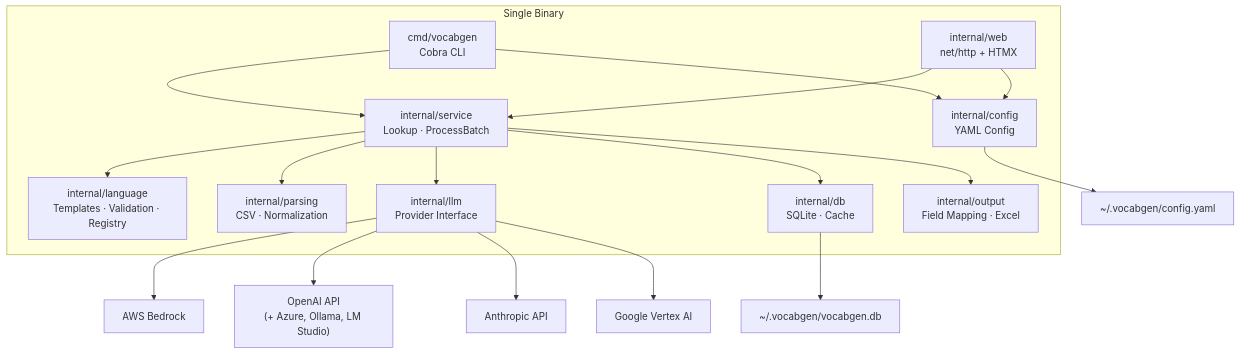
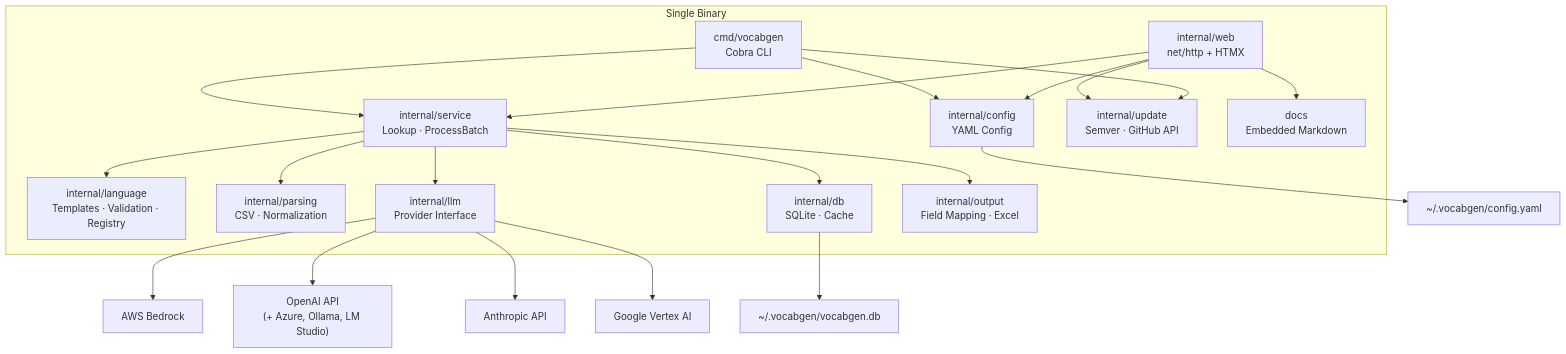
The first of 4 diagrams in docs/architecture.md (npozs77/VocabGen), drawn with Mermaid before and after one commit. The commit also changed other lines of this file and 23 other files, not shown here.

````diff
--- a/docs/architecture.md
+++ b/docs/architecture.md
@@ -21,30 +21,35 @@
 ```mermaid
 graph TB
     subgraph "Single Binary"
         CLI["cmd/vocabgen<br/>Cobra CLI"]
         WEB["internal/web<br/>net/http + HTMX"]
         SVC["internal/service<br/>Lookup · ProcessBatch"]
         LANG["internal/language<br/>Templates · Validation · Registry"]
         PARSE["internal/parsing<br/>CSV · Normalization"]
         LLM["internal/llm<br/>Provider Interface"]
         DB["internal/db<br/>SQLite · Cache"]
         CFG["internal/config<br/>YAML Config"]
         OUT["internal/output<br/>Field Mapping · Excel"]
+        UPD["internal/update<br/>Semver · GitHub API"]
+        DOCS["docs<br/>Embedded Markdown"]
     end
 
     CLI --> SVC
     WEB --> SVC
     SVC --> LANG
     SVC --> LLM
     SVC --> DB
     SVC --> PARSE
     SVC --> OUT
     LLM --> BEDROCK["AWS Bedrock"]
     LLM --> OPENAI["OpenAI API<br/>(+ Azure, Ollama, LM Studio)"]
     LLM --> ANTHROPIC["Anthropic API"]
     LLM --> VERTEXAI["Google Vertex AI"]
     CLI --> CFG
     WEB --> CFG
+    WEB --> DOCS
+    WEB --> UPD
+    CLI --> UPD
     DB --> SQLITE["~/.vocabgen/vocabgen.db"]
     CFG --> YAML["~/.vocabgen/config.yaml"]
 ```
````
